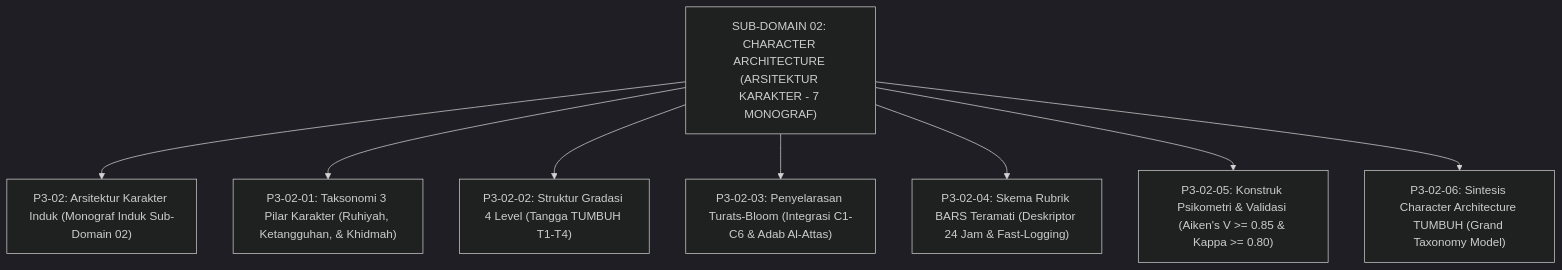
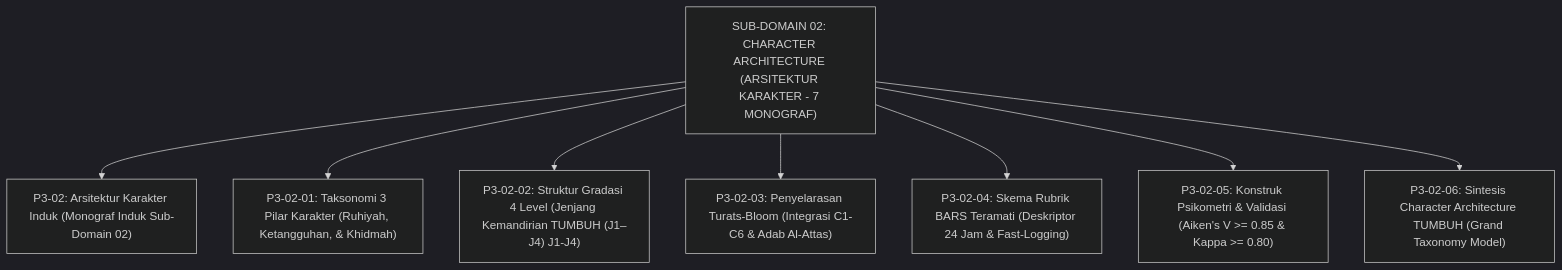
The diagram in 03 Capacity Framework/02 Character Architecture/README.md (wandiapriliyandi/tumbuh), drawn with Mermaid (dark theme) before and after one commit. The commit also changed other lines of this file and 209 other files, not shown here.

````diff
--- a/03 Capacity Framework/02 Character Architecture/README.md
+++ b/03 Capacity Framework/02 Character Architecture/README.md
@@ -14,12 +14,12 @@
 ```mermaid
 graph TD
     Architecture["SUB-DOMAIN 02: CHARACTER ARCHITECTURE (ARSITEKTUR KARAKTER - 7 MONOGRAF)"]
     
     Architecture --> Master["P3-02: Arsitektur Karakter Induk (Monograf Induk Sub-Domain 02)"]
     Architecture --> M1["P3-02-01: Taksonomi 3 Pilar Karakter (Ruhiyah, Ketangguhan, & Khidmah)"]
-    Architecture --> M2["P3-02-02: Struktur Gradasi 4 Level (Tangga TUMBUH T1-T4)"]
+    Architecture --> M2["P3-02-02: Struktur Gradasi 4 Level (Jenjang Kemandirian TUMBUH (J1–J4) J1-J4)"]
     Architecture --> M3["P3-02-03: Penyelarasan Turats-Bloom (Integrasi C1-C6 & Adab Al-Attas)"]
     Architecture --> M4["P3-02-04: Skema Rubrik BARS Teramati (Deskriptor 24 Jam & Fast-Logging)"]
     Architecture --> M5["P3-02-05: Konstruk Psikometri & Validasi (Aiken's V >= 0.85 & Kappa >= 0.80)"]
     Architecture --> M6["P3-02-06: Sintesis Character Architecture TUMBUH (Grand Taxonomy Model)"]
 ```
````
